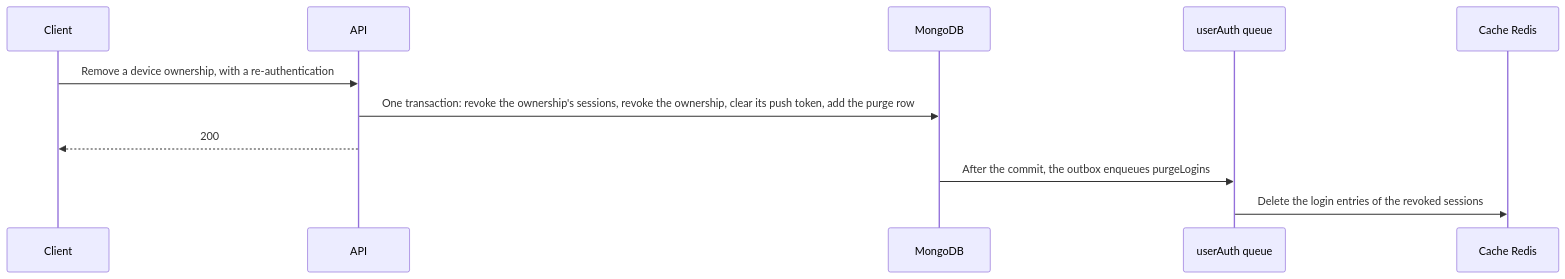
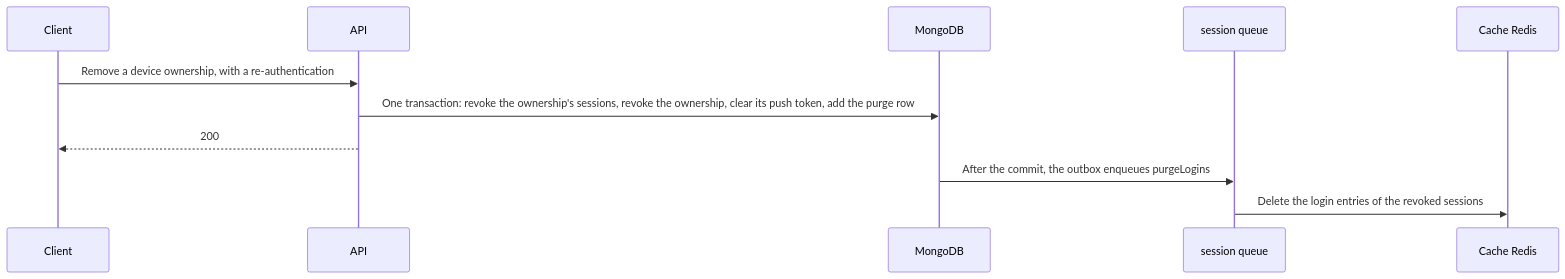
The diagram in docs/concepts/device.md (andrechristikan/ack-nestjs-boilerplate), drawn with Mermaid before and after one commit. The commit also changed 348 other files, not shown here.

````diff
--- a/docs/concepts/device.md
+++ b/docs/concepts/device.md
@@ -31,14 +31,14 @@
 ```mermaid
 sequenceDiagram
     participant C as Client
     participant A as API
     participant DB as MongoDB
-    participant Q as userAuth queue
+    participant Q as session queue
     participant R as Cache Redis
 
     C->>A: Remove a device ownership, with a re-authentication
     A->>DB: One transaction: revoke the ownership's sessions, revoke the ownership, clear its push token, add the purge row
     A-->>C: 200
     DB->>Q: After the commit, the outbox enqueues purgeLogins
     Q->>R: Delete the login entries of the revoked sessions
 ```
````
